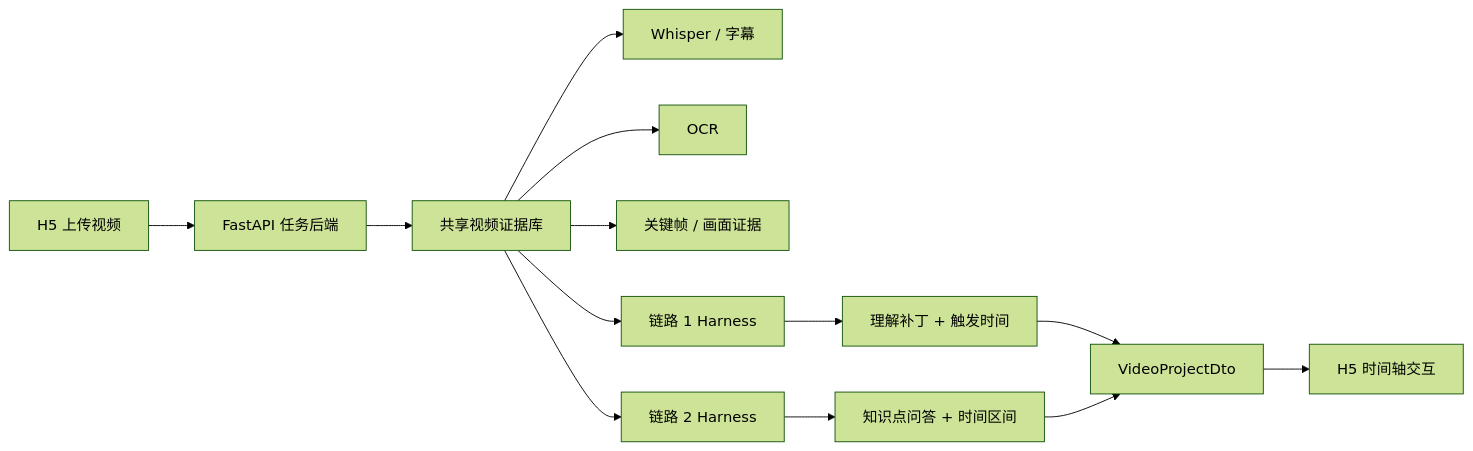
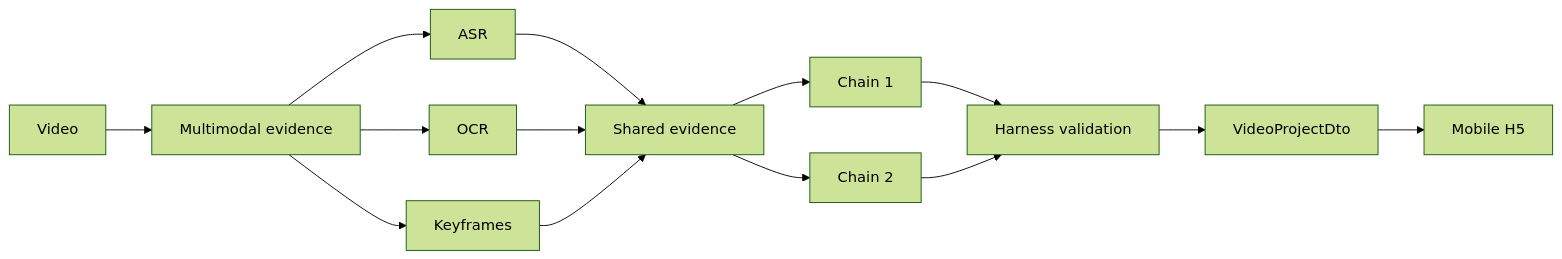
Before and after one commit to 5JjiaLin/key-points-ai-video: the second of 2 diagrams in README.md, drawn with Mermaid (forest theme). The commit also changed other lines of this file and 5 other files, not shown here.

````diff
--- a/README.md
+++ b/README.md
@@ -68,15 +71,16 @@
 ```mermaid
 flowchart LR
-    A[H5 上传视频] --> B[FastAPI 任务后端]
-    B --> C[共享视频证据库]
-    C --> C1[Whisper / 字幕]
-    C --> C2[OCR]
-    C --> C3[关键帧 / 画面证据]
-    C --> D[链路 1 Harness]
-    C --> E[链路 2 Harness]
-    D --> F[理解补丁 + 触发时间]
-    E --> G[知识点问答 + 时间区间]
-    F --> H[VideoProjectDto]
-    G --> H
-    H --> I[H5 时间轴交互]
+    V["Video"] --> M["Multimodal evidence"]
+    M --> A["ASR"]
+    M --> O["OCR"]
+    M --> K["Keyframes"]
+    A --> E["Shared evidence"]
+    O --> E
+    K --> E
+    E --> C1["Chain 1"]
+    E --> C2["Chain 2"]
+    C1 --> H["Harness validation"]
+    C2 --> H
+    H --> DTO["VideoProjectDto"]
+    DTO --> UI["Mobile H5"]
 ```
````
